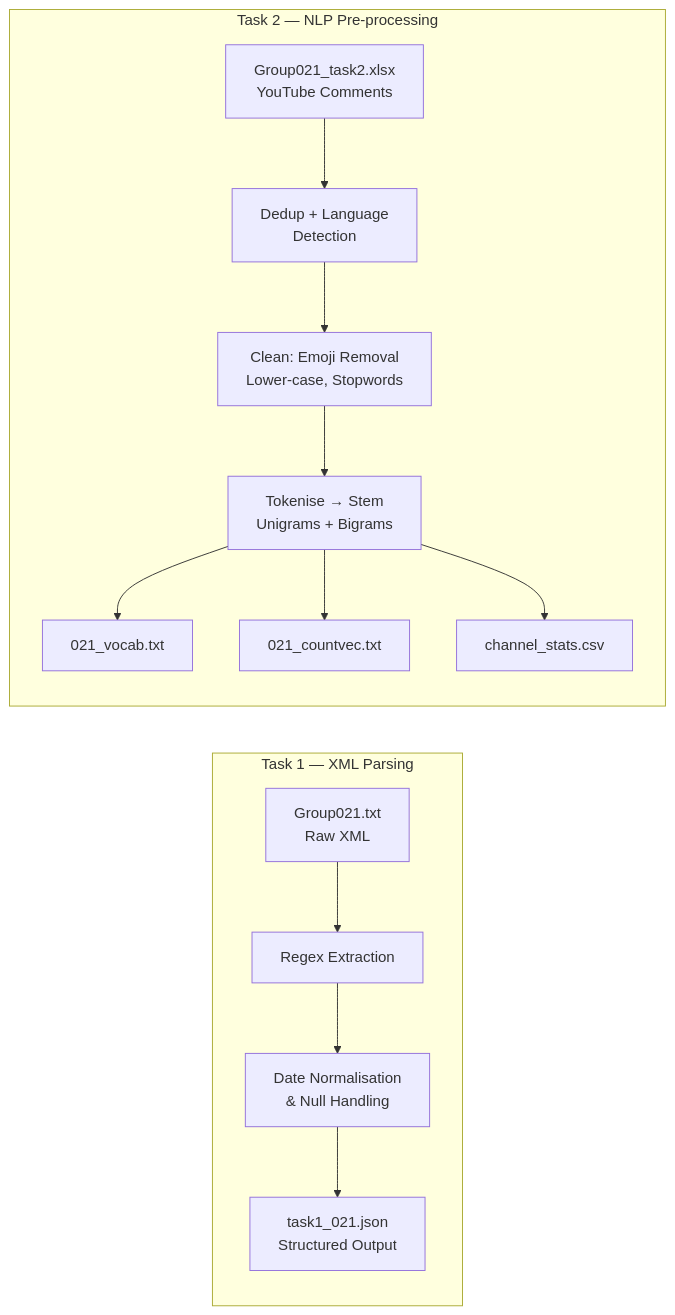
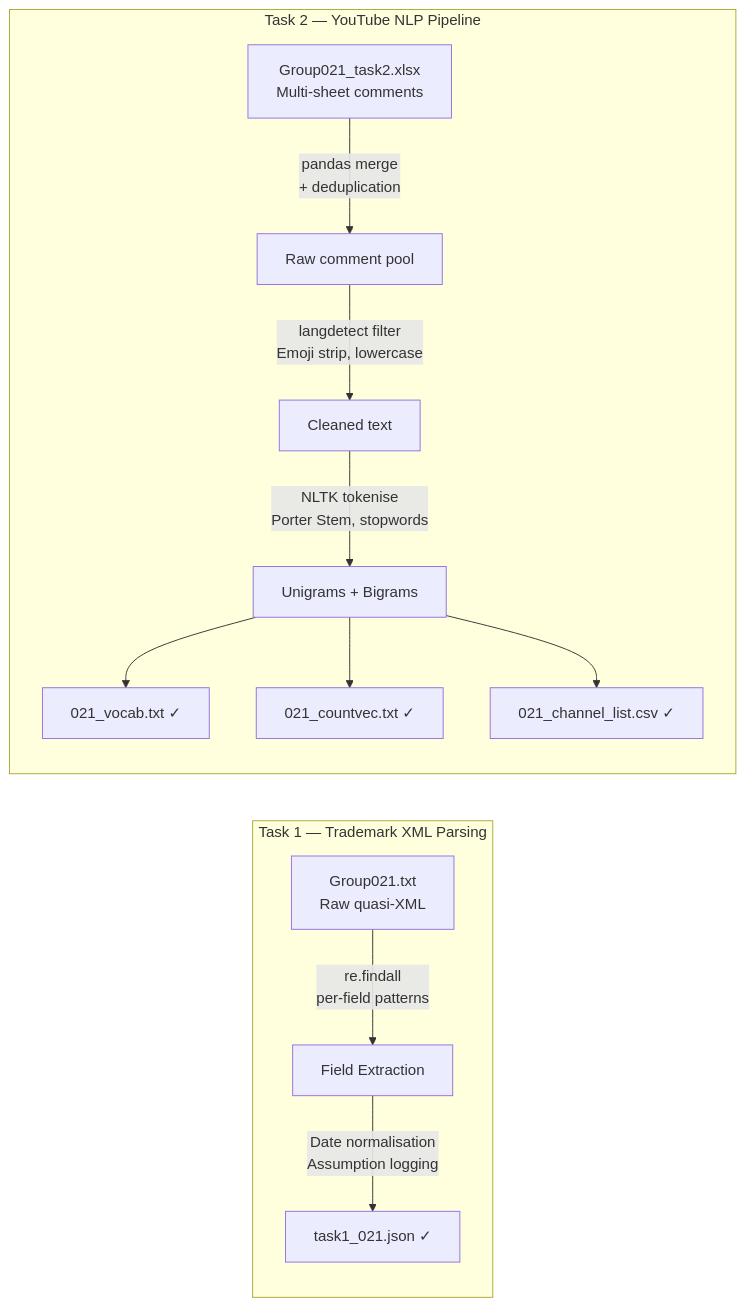
One commit to huypa/Portfolio changed the diagram in data-wrangling/README_v1.md. Above: the diagram before and after it, drawn with Mermaid. The commit also changed other lines of this file and 1 other file, not shown here.

````diff
--- a/data-wrangling/README_v1.md
+++ b/data-wrangling/README_v1.md
@@ -25,17 +31,16 @@
 ```mermaid
 flowchart LR
-    subgraph Task1["Task 1 — XML Parsing"]
-        A[Group021.txt\nRaw XML] --> B[Regex Extraction]
-        B --> C[Date Normalisation\n& Null Handling]
-        C --> D[task1_021.json\nStructured Output]
+    subgraph Task1["Task 1 — Trademark XML Parsing"]
+        A[Group021.txt\nRaw quasi-XML] -->|re.findall\nper-field patterns| B[Field Extraction]
+        B -->|Date normalisation\nAssumption logging| C[task1_021.json ✓]
     end
 
-    subgraph Task2["Task 2 — NLP Pre-processing"]
-        E[Group021_task2.xlsx\nYouTube Comments] --> F[Dedup + Language\nDetection]
-        F --> G[Clean: Emoji Removal\nLower-case, Stopwords]
-        G --> H[Tokenise → Stem\nUnigrams + Bigrams]
-        H --> I1[021_vocab.txt]
-        H --> I2[021_countvec.txt]
-        H --> I3[channel_stats.csv]
+    subgraph Task2["Task 2 — YouTube NLP Pipeline"]
+        D[Group021_task2.xlsx\nMulti-sheet comments] -->|pandas merge\n+ deduplication| E[Raw comment pool]
+        E -->|langdetect filter\nEmoji strip, lowercase| F[Cleaned text]
+        F -->|NLTK tokenise\nPorter Stem, stopwords| G[Unigrams + Bigrams]
+        G --> H1[021_vocab.txt ✓]
+        G --> H2[021_countvec.txt ✓]
+        G --> H3[021_channel_list.csv ✓]
     end
 ```
````
